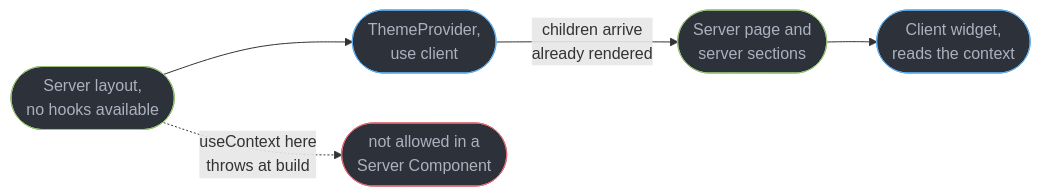
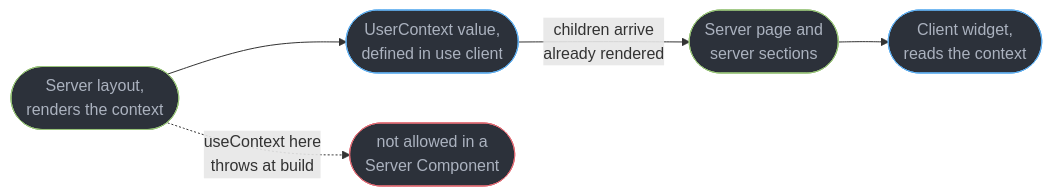
One commit to rppol/system-design changed the sixth of 6 diagrams in src/main/java/com/rutik/systemdesign/react/context_and_component_communication/context_and_component_communication.md. Above: the diagram before and after it, drawn with Mermaid. The commit also changed other lines of this file and 655 other files, not shown here.

````diff
--- a/src/main/java/com/rutik/systemdesign/react/context_and_component_communication/context_and_component_communication.md
+++ b/src/main/java/com/rutik/systemdesign/react/context_and_component_communication/context_and_component_communication.md
@@ -181,11 +181,11 @@
 ```mermaid
 flowchart LR
     classDef srvC fill:#2c313a,stroke:#98c379,color:#abb2bf
     classDef cliC fill:#2c313a,stroke:#61afef,color:#abb2bf
     classDef badC fill:#2c313a,stroke:#e06c75,color:#abb2bf
 
-    L(["Server layout,<br/>no hooks available"]):::srvC --> P(["ThemeProvider,<br/>use client"]):::cliC
+    L(["Server layout,<br/>renders the context"]):::srvC --> P(["UserContext value,<br/>defined in use client"]):::cliC
     P -->|"children arrive<br/>already rendered"| C(["Server page and<br/>server sections"]):::srvC
     C --> W(["Client widget,<br/>reads the context"]):::cliC
     L -.->|"useContext here<br/>throws at build"| X(["not allowed in a<br/>Server Component"]):::badC
 ```
````
